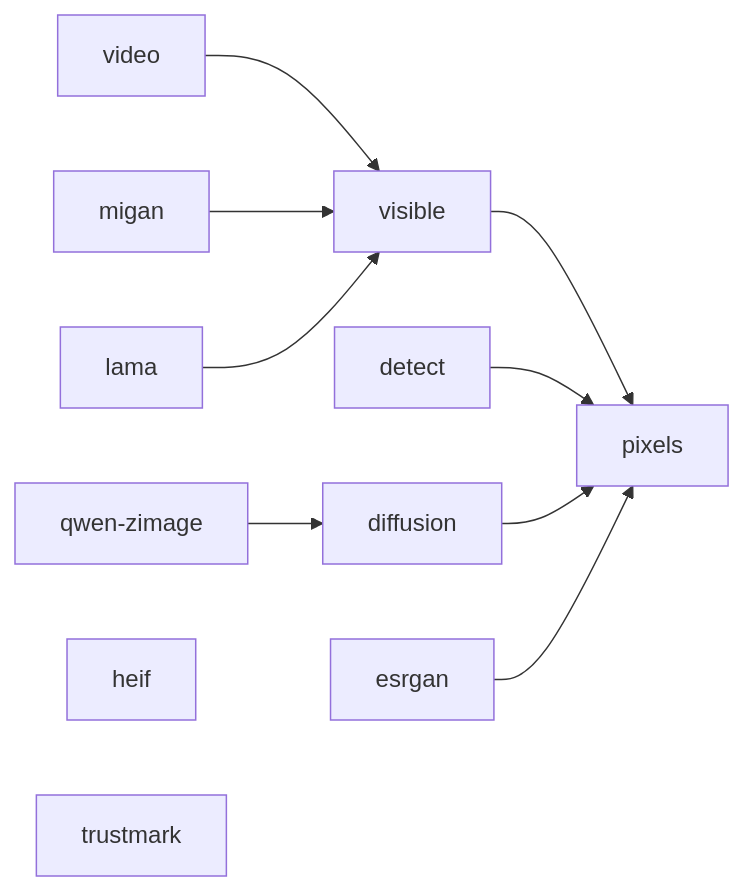
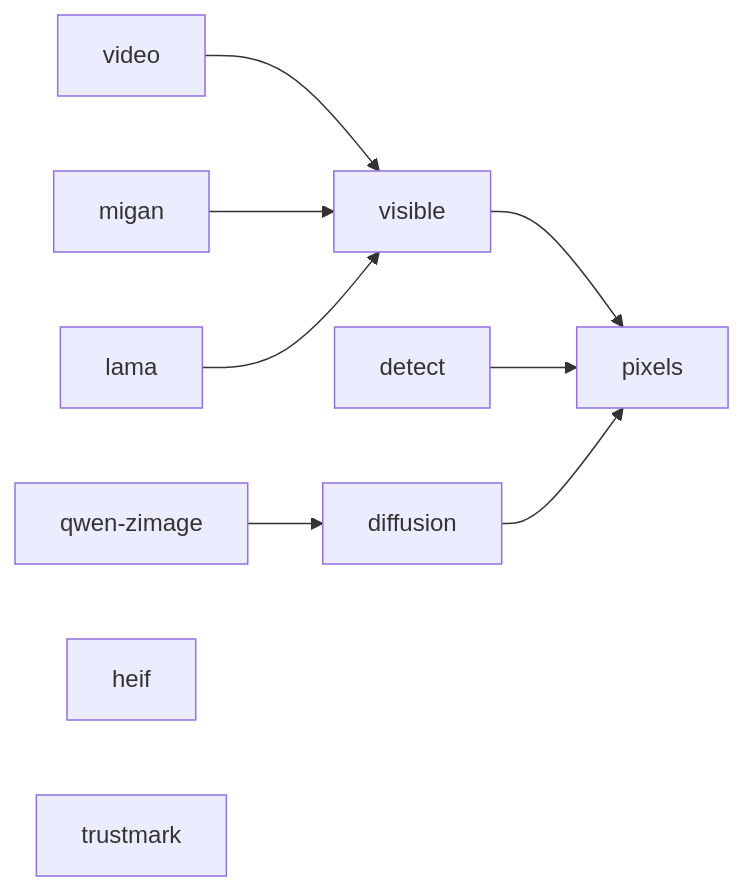
One commit to AlphaCatMeow/remove-ai-watermarks changed the diagram in docs/installation.md. Above: the diagram before and after it, drawn with Mermaid. The commit also changed other lines of this file and 14 other files, not shown here.

````diff
--- a/docs/installation.md
+++ b/docs/installation.md
@@ -108,13 +107,12 @@
 ```mermaid
 flowchart LR
     visible --> pixels
     video --> visible
     detect --> pixels
     diffusion --> pixels
     migan --> visible
     lama --> visible
-    esrgan --> pixels
     qwen["qwen-zimage"] --> diffusion
     heif
     trustmark
 ```
````
